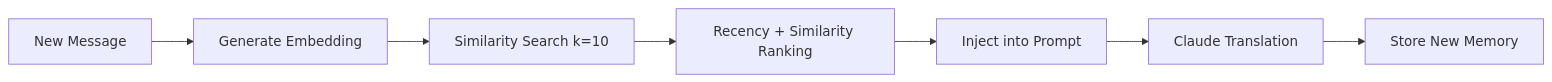
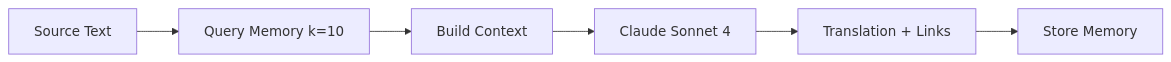
The diagram in docs/AI-TRANSLATION.md (segalmax/telegram_zoomer), drawn with Mermaid before and after one commit. The commit also changed other lines of this file and 7 other files, not shown here.

First line of the commit message:
🧠 Implement Claude Sonnet 4 Extended Thinking for Maximum Translation Quality

````diff
--- a/docs/AI-TRANSLATION.md
+++ b/docs/AI-TRANSLATION.md
@@ -33,9 +8,8 @@
 ```mermaid
 graph LR
-    MSG[New Message] --> EMBED[Generate Embedding]
-    EMBED --> SEARCH[Similarity Search k=10]
-    SEARCH --> RANK[Recency + Similarity Ranking]
-    RANK --> CONTEXT[Inject into Prompt]
-    CONTEXT --> TRANSLATE[Claude Translation]
-    TRANSLATE --> SAVE[Store New Memory]
+    INPUT[Source Text] --> MEMORY[Query Memory k=10]
+    MEMORY --> CONTEXT[Build Context]
+    CONTEXT --> CLAUDE[Claude Sonnet 4]
+    CLAUDE --> OUTPUT[Translation + Links]
+    OUTPUT --> STORE[Store Memory]
 ```
````
